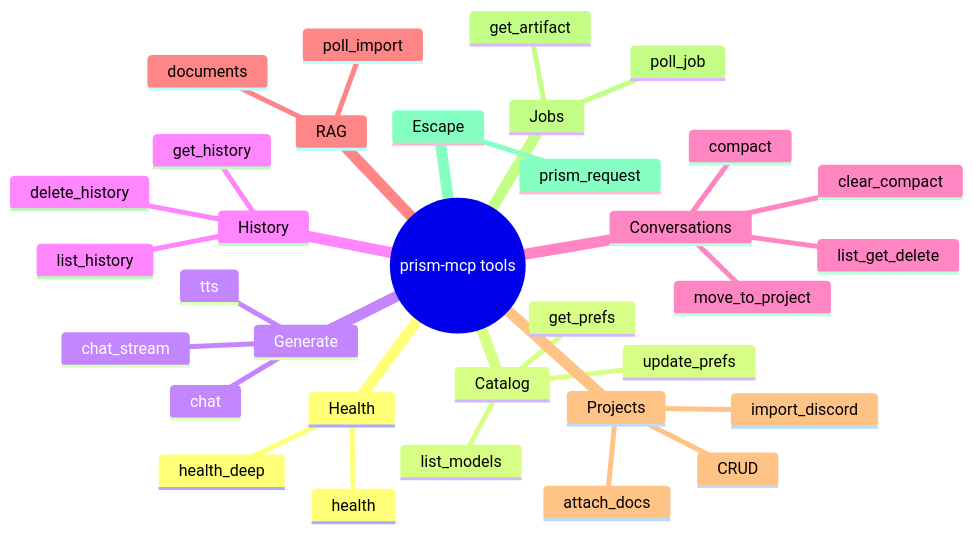
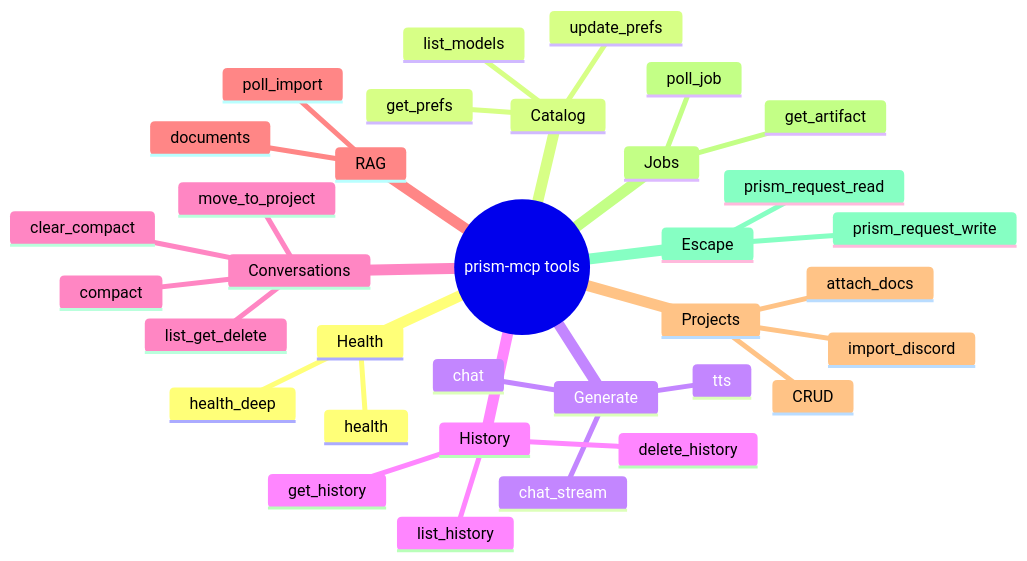
The fifth of 6 diagrams in docs/mcp.md (skyphusion-labs/prism-mcp), drawn with Mermaid before and after one commit. The commit also changed other lines of this file and 7 other files, not shown here.

First line of the commit message:
fix(mcp): split prism_request into read and write tools

````diff
--- a/docs/mcp.md
+++ b/docs/mcp.md
@@ -166,36 +168,37 @@
 ```mermaid
 mindmap
   root((prism-mcp tools))
     Health
       health
       health_deep
     Catalog
       list_models
       get_prefs
       update_prefs
     Generate
       chat
       chat_stream
       tts
     History
       list_history
       get_history
       delete_history
     Conversations
       list_get_delete
       move_to_project
       compact
       clear_compact
     RAG
       documents
       poll_import
     Projects
       CRUD
       attach_docs
       import_discord
     Jobs
       poll_job
       get_artifact
     Escape
-      prism_request
+      prism_request_read
+      prism_request_write
 ```
````
